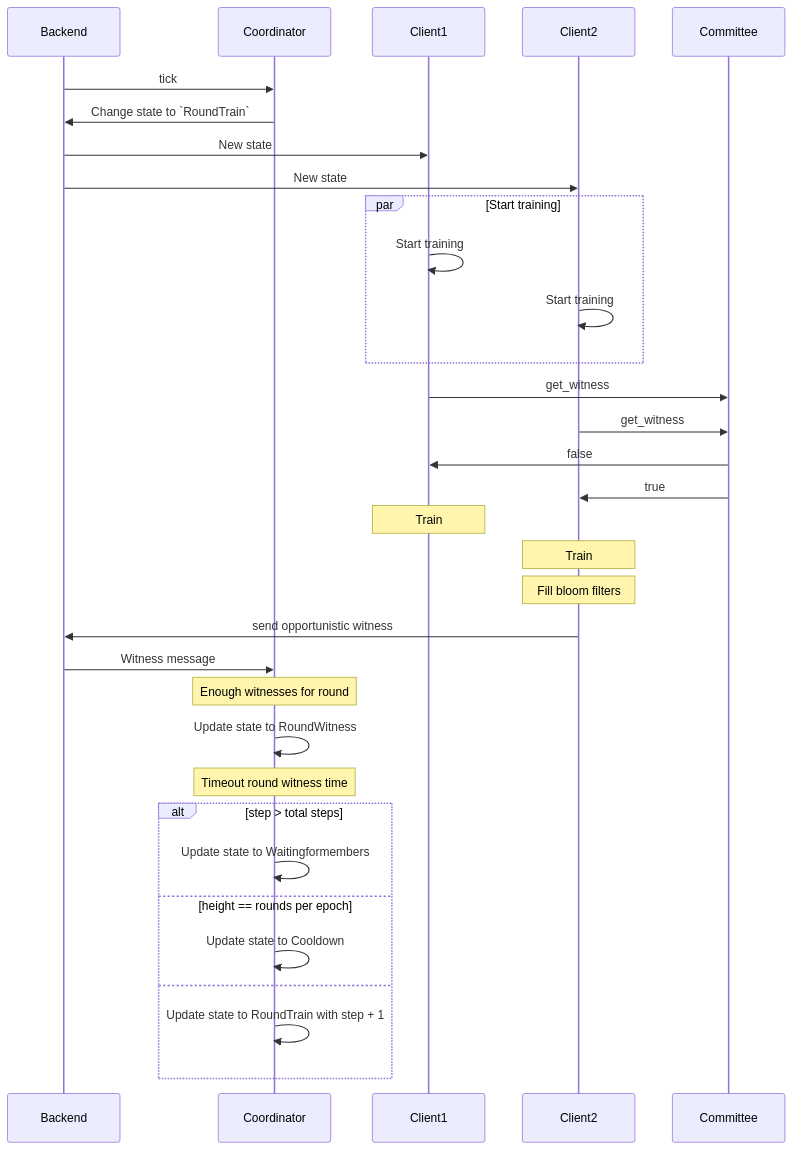
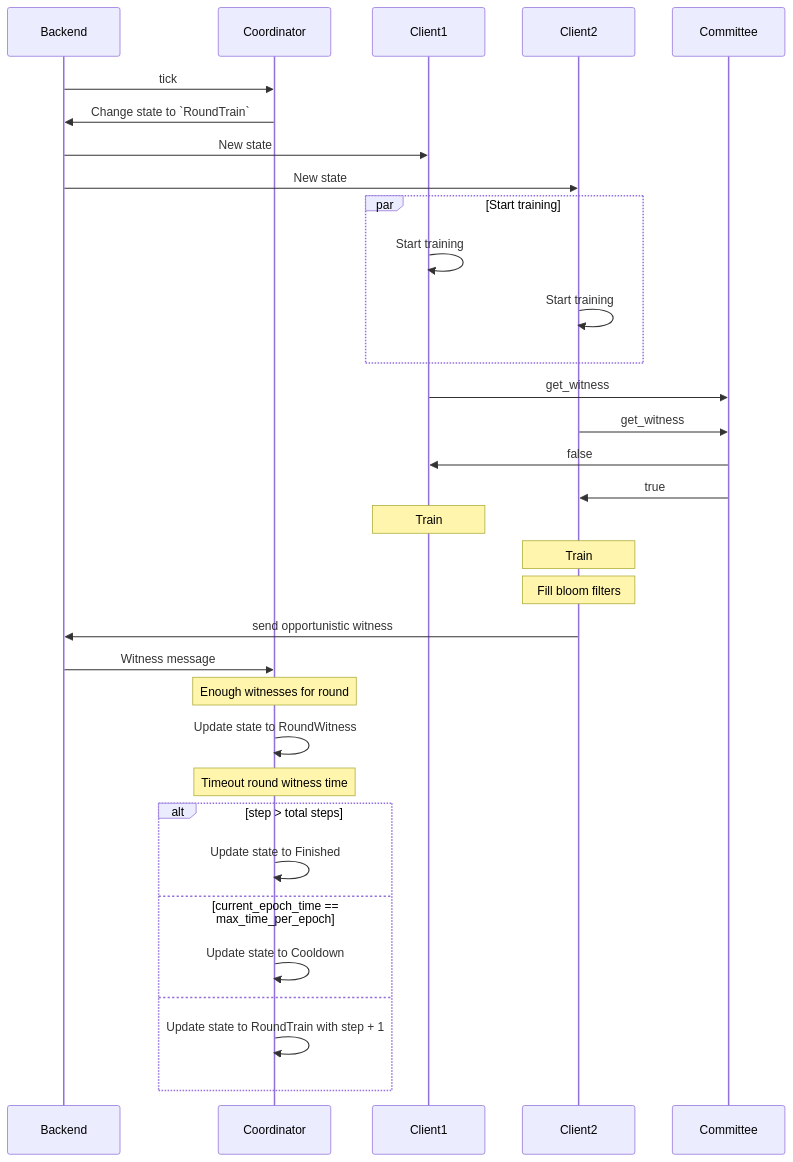
One commit to PsycheFoundation/psyche changed the fourth of 7 diagrams in psyche-book/src/explain/general-workflow.md. Above: the diagram before and after it, drawn with Mermaid. The commit also changed other lines of this file and 4 other files, not shown here.

````diff
--- a/psyche-book/src/explain/general-workflow.md
+++ b/psyche-book/src/explain/general-workflow.md
@@ -143,30 +143,30 @@
 ```mermaid
 sequenceDiagram
     Backend->>Coordinator: tick
     Coordinator->>Backend: Change state to `RoundTrain`
     Backend->>Client1: New state
     Backend->>Client2: New state
     par Start training
         Client1->>Client1: Start training
         Client2->>Client2: Start training
     end
     Client1->>Committee: get_witness
     Client2->>Committee: get_witness
     Committee->>Client1: false
     Committee->>Client2: true
     Note over Client1: Train
     Note over Client2: Train
     Note over Client2: Fill bloom filters
     Client2->>Backend: send opportunistic witness
     Backend->>Coordinator: Witness message
     Note over Coordinator: Enough witnesses for round
     Coordinator->>Coordinator: Update state to RoundWitness
     Note over Coordinator: Timeout round witness time
     alt step > total steps
-        Coordinator->>Coordinator: Update state to Waitingformembers
-    else height == rounds per epoch
+        Coordinator->>Coordinator: Update state to Finished
+    else current_epoch_time == max_time_per_epoch
         Coordinator->>Coordinator: Update state to Cooldown
     else
         Coordinator->>Coordinator: Update state to RoundTrain with step + 1
     end
 ```
````
